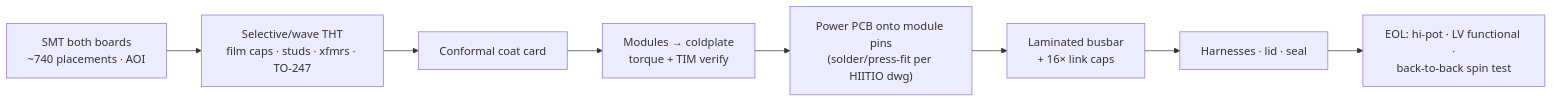
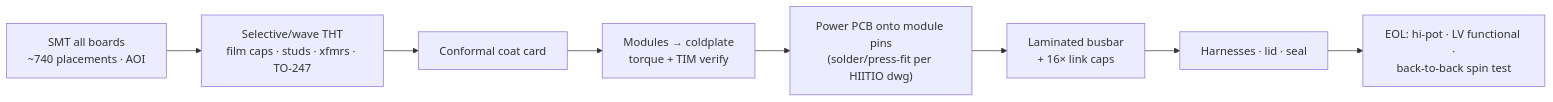
Before and after one commit to vectivolt/Traction-Inverter-GEN-1: the seventh of 9 diagrams in README.md, drawn with Mermaid. The commit also changed other lines of this file and 26 other files, not shown here.

````diff
--- a/README.md
+++ b/README.md
@@ -379,10 +384,10 @@
 ```mermaid
 flowchart LR
-  A["SMT both boards<br/>~740 placements · AOI"] --> B["Selective/wave THT<br/>film caps · studs · xfmrs · TO-247"]
+  A["SMT all boards<br/>~740 placements · AOI"] --> B["Selective/wave THT<br/>film caps · studs · xfmrs · TO-247"]
   B --> C["Conformal coat card"]
   C --> D["Modules → coldplate<br/>torque + TIM verify"]
   D --> E["Power PCB onto module pins<br/>(solder/press-fit per HIITIO dwg)"]
   E --> F["Laminated busbar<br/>+ 16× link caps"]
   F --> G["Harnesses · lid · seal"]
   G --> H["EOL: hi-pot · LV functional ·<br/>back-to-back spin test"]
 ```
````
